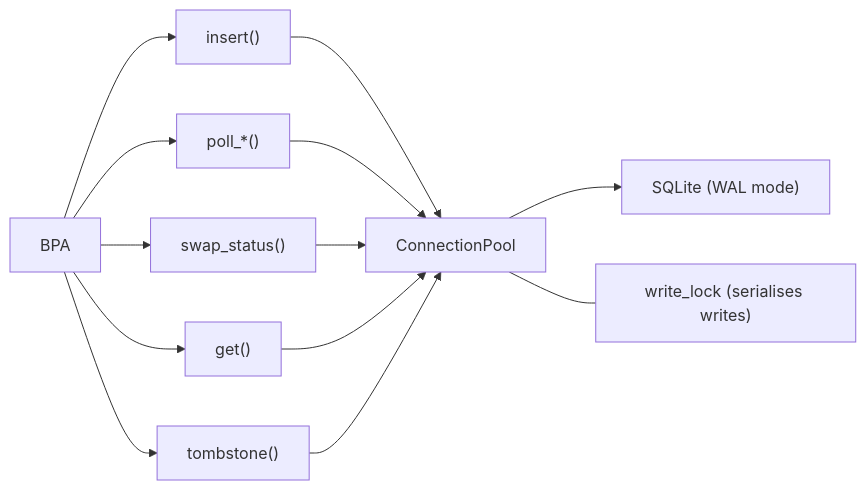
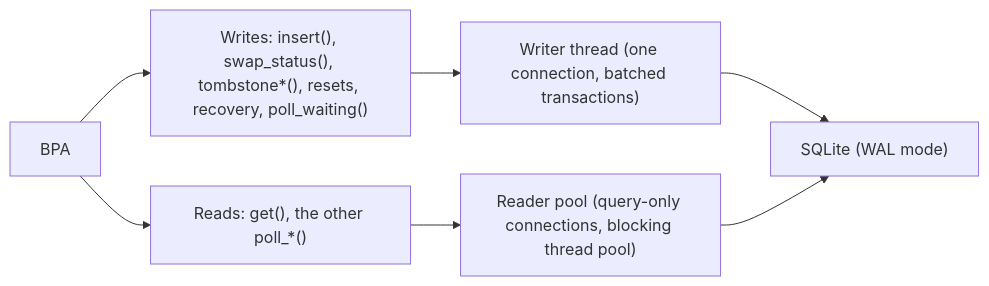
The diagram in sqlite-storage/docs/design.md (ricktaylor/hardy), drawn with Mermaid before and after one commit. The commit also changed other lines of this file and 11 other files, not shown here.

````diff
--- a/sqlite-storage/docs/design.md
+++ b/sqlite-storage/docs/design.md
@@ -19,12 +21,8 @@
 ```mermaid
 flowchart LR
-    BPA --> store["insert()"]
-    BPA --> poll["poll_*()"]
-    BPA --> update["swap_status()"]
-    BPA --> get["get()"]
-    BPA --> remove["tombstone()"]
-
-    store & poll & update & get & remove --> pool["ConnectionPool"]
-    pool --> sqlite["SQLite (WAL mode)"]
-    pool --- lock["write_lock (serialises writes)"]
+    BPA --> writes["Writes: insert(), swap_status(), tombstone*(), resets, recovery, poll_waiting()"]
+    BPA --> reads["Reads: get(), the other poll_*()"]
+    writes --> writer["Writer thread (one connection, batched transactions)"]
+    reads --> readers["Reader pool (query-only connections, blocking thread pool)"]
+    writer & readers --> sqlite["SQLite (WAL mode)"]
 ```
````
